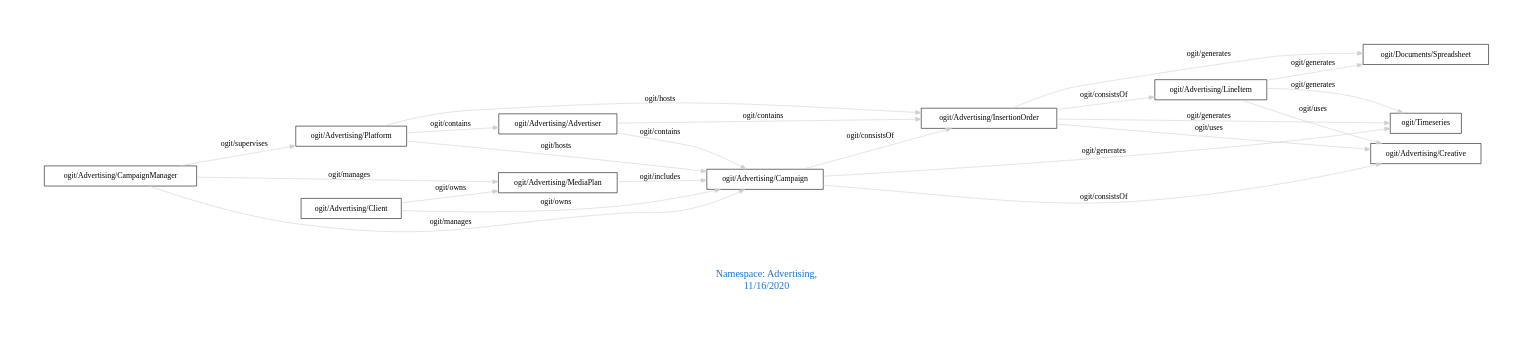
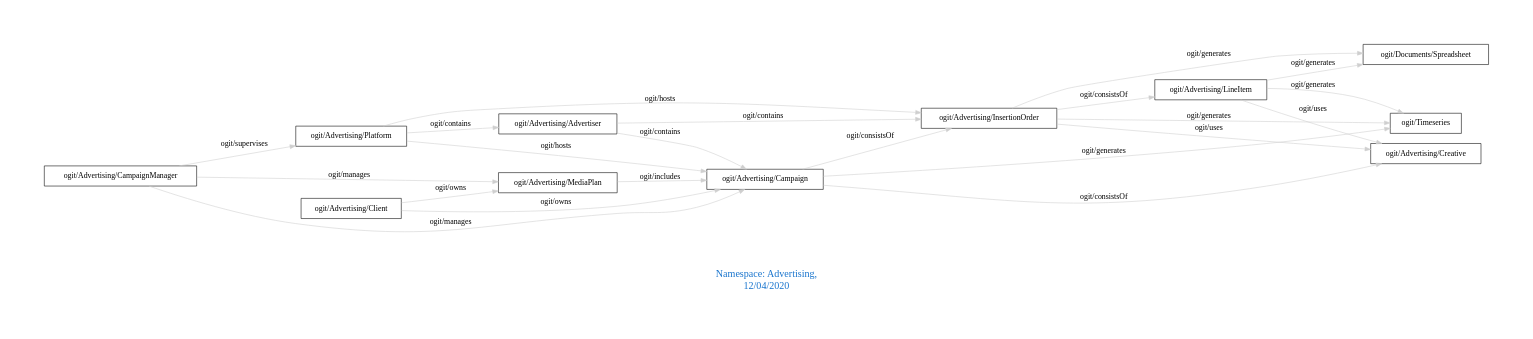
The diagram in downloads/Advertising.dot (arago/OGIT), drawn with Graphviz before and after one commit. The commit also changed 1822 other files, not shown here.

```diff
--- a/downloads/Advertising.dot
+++ b/downloads/Advertising.dot
@@ -1,29 +1,29 @@
 digraph OGIT_ontology {
  graph [ rankdir= LR,pad=1 
 fontsize = 18,
-fontcolor= dodgerblue3,label = "\n\n\nNamespace: Advertising, \n 11/16/2020"];
+fontcolor= dodgerblue3,label = "\n\n\nNamespace: Advertising, \n 12/04/2020"];
 node[shape=polygon];
 edge [  color="gray81"];
 
    "ogit/Advertising/Advertiser" -> "ogit/Advertising/Campaign" [label="   ogit/contains    "];
    "ogit/Advertising/Advertiser" -> "ogit/Advertising/InsertionOrder" [label="   ogit/contains    "];
    "ogit/Advertising/Platform" -> "ogit/Advertising/Advertiser" [label="   ogit/contains    "];
    "ogit/Advertising/CampaignManager" -> "ogit/Advertising/MediaPlan" [label="   ogit/manages    "];
    "ogit/Advertising/CampaignManager" -> "ogit/Advertising/Campaign" [label="   ogit/manages    "];
    "ogit/Advertising/Platform" -> "ogit/Advertising/Campaign" [label="   ogit/hosts    "];
    "ogit/Advertising/Platform" -> "ogit/Advertising/InsertionOrder" [label="   ogit/hosts    "];
    "ogit/Advertising/CampaignManager" -> "ogit/Advertising/Platform" [label="   ogit/supervises    "];
    "ogit/Advertising/Campaign" -> "ogit/Timeseries" [label="   ogit/generates    "];
    "ogit/Advertising/InsertionOrder" -> "ogit/Timeseries" [label="   ogit/generates    "];
    "ogit/Advertising/InsertionOrder" -> "ogit/Documents/Spreadsheet" [label="   ogit/generates    "];
    "ogit/Advertising/LineItem" -> "ogit/Timeseries" [label="   ogit/generates    "];
    "ogit/Advertising/LineItem" -> "ogit/Documents/Spreadsheet" [label="   ogit/generates    "];
    "ogit/Advertising/MediaPlan" -> "ogit/Advertising/Campaign" [label="   ogit/includes    "];
    "ogit/Advertising/Client" -> "ogit/Advertising/MediaPlan" [label="   ogit/owns    "];
    "ogit/Advertising/Client" -> "ogit/Advertising/Campaign" [label="   ogit/owns    "];
    "ogit/Advertising/InsertionOrder" -> "ogit/Advertising/Creative" [label="   ogit/uses    "];
    "ogit/Advertising/LineItem" -> "ogit/Advertising/Creative" [label="   ogit/uses    "];
    "ogit/Advertising/Campaign" -> "ogit/Advertising/InsertionOrder" [label="   ogit/consistsOf    "];
    "ogit/Advertising/Campaign" -> "ogit/Advertising/Creative" [label="   ogit/consistsOf    "];
    "ogit/Advertising/InsertionOrder" -> "ogit/Advertising/LineItem" [label="   ogit/consistsOf    "];
 }
```
